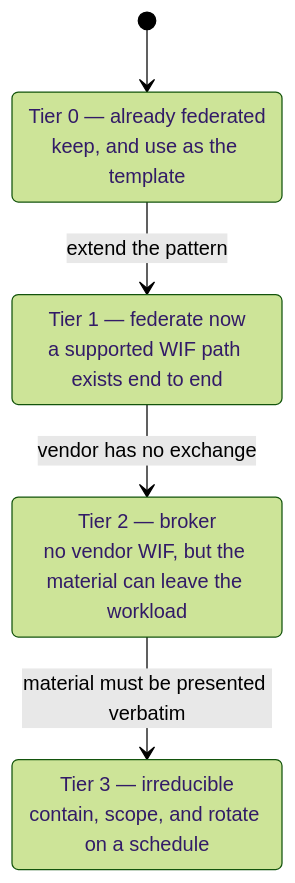
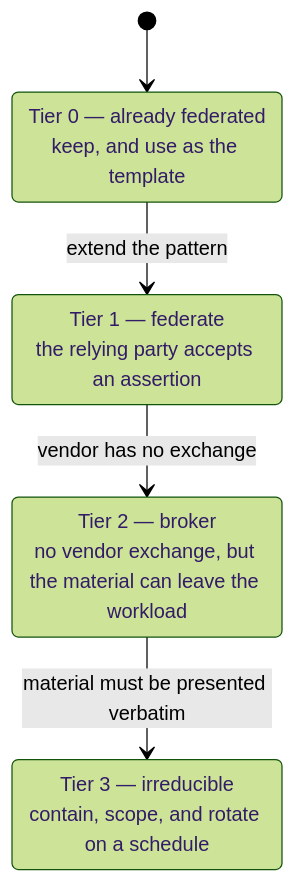
The second of 5 diagrams in docs/secretless.md (agentsky/qm), drawn with Mermaid (forest theme) before and after one commit. The commit also changed other lines of this file, not shown here.

````diff
--- a/docs/secretless.md
+++ b/docs/secretless.md
@@ -163,11 +173,11 @@
 ```mermaid
 stateDiagram-v2
   [*] --> T0
   T0: Tier 0 — already federated<br/>keep, and use as the template
-  T1: Tier 1 — federate now<br/>a supported WIF path exists end to end
-  T2: Tier 2 — broker<br/>no vendor WIF, but the material can leave the workload
+  T1: Tier 1 — federate<br/>the relying party accepts an assertion
+  T2: Tier 2 — broker<br/>no vendor exchange, but the material can leave the workload
   T3: Tier 3 — irreducible<br/>contain, scope, and rotate on a schedule
   T0 --> T1: extend the pattern
   T1 --> T2: vendor has no exchange
   T2 --> T3: material must be presented verbatim
 ```
````
